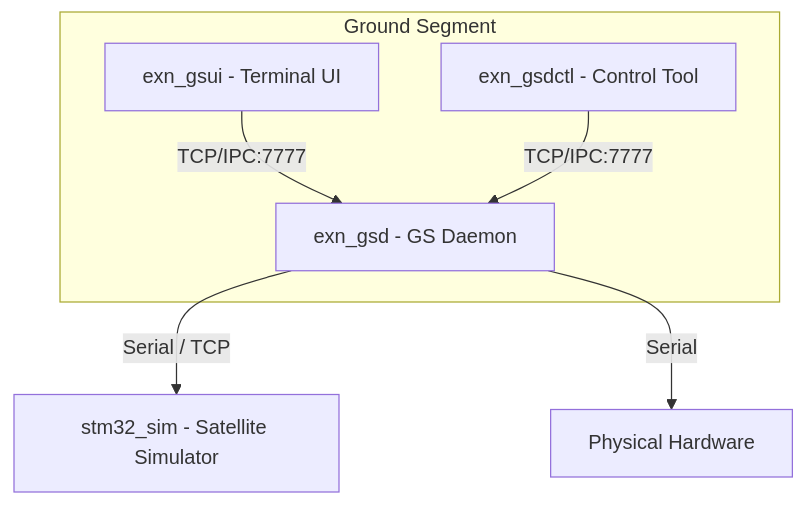
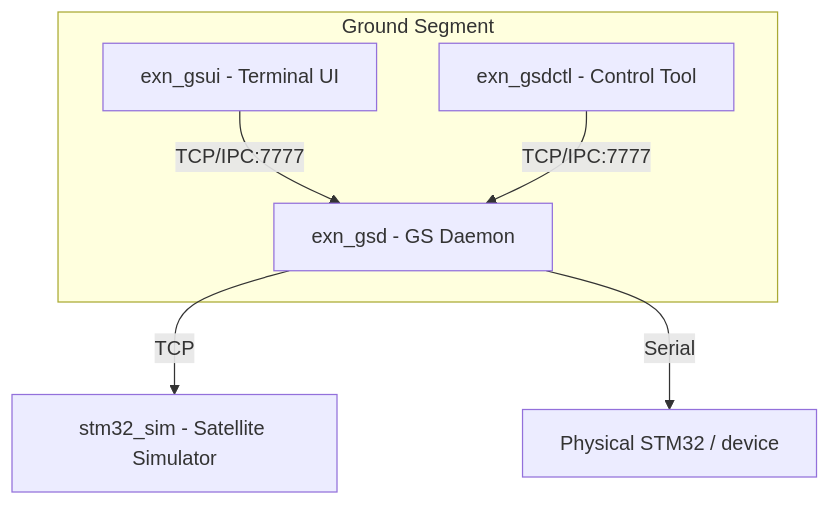
Before and after one commit to ExoSpaceLabs/exn-gs: the diagram in README.md, drawn with Mermaid. The commit also changed other lines of this file, not shown here.

````diff
--- a/README.md
+++ b/README.md
@@ -12,13 +24,13 @@
 ```mermaid
 graph TD
     UI[exn_gsui - Terminal UI] -- TCP/IPC:7777 --> Daemon[exn_gsd - GS Daemon]
     CTL[exn_gsdctl - Control Tool] -- TCP/IPC:7777 --> Daemon
-    Daemon -- Serial / TCP --> SIM[stm32_sim - Satellite Simulator]
-    Daemon -- Serial --> HW[Physical Hardware]
-    
+    Daemon -- TCP --> SIM[stm32_sim - Satellite Simulator]
+    Daemon -- Serial --> HW[Physical STM32 / device]
+
     subgraph "Ground Segment"
         Daemon
         UI
         CTL
     end
 ```
````
